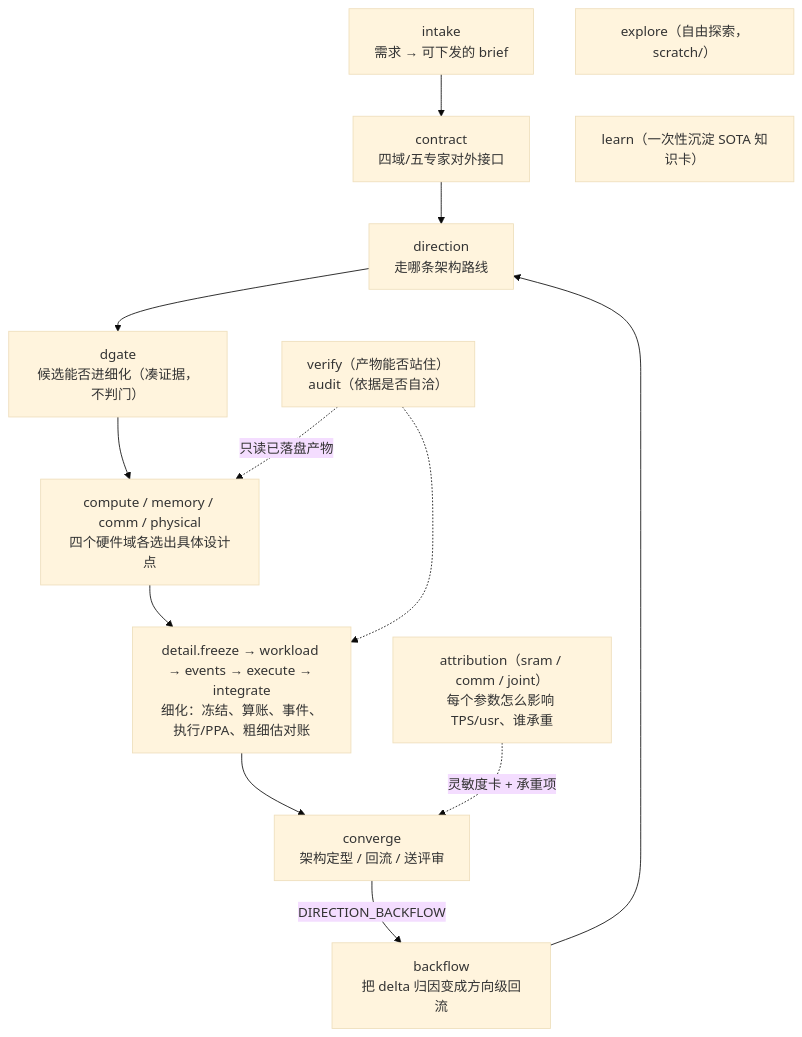
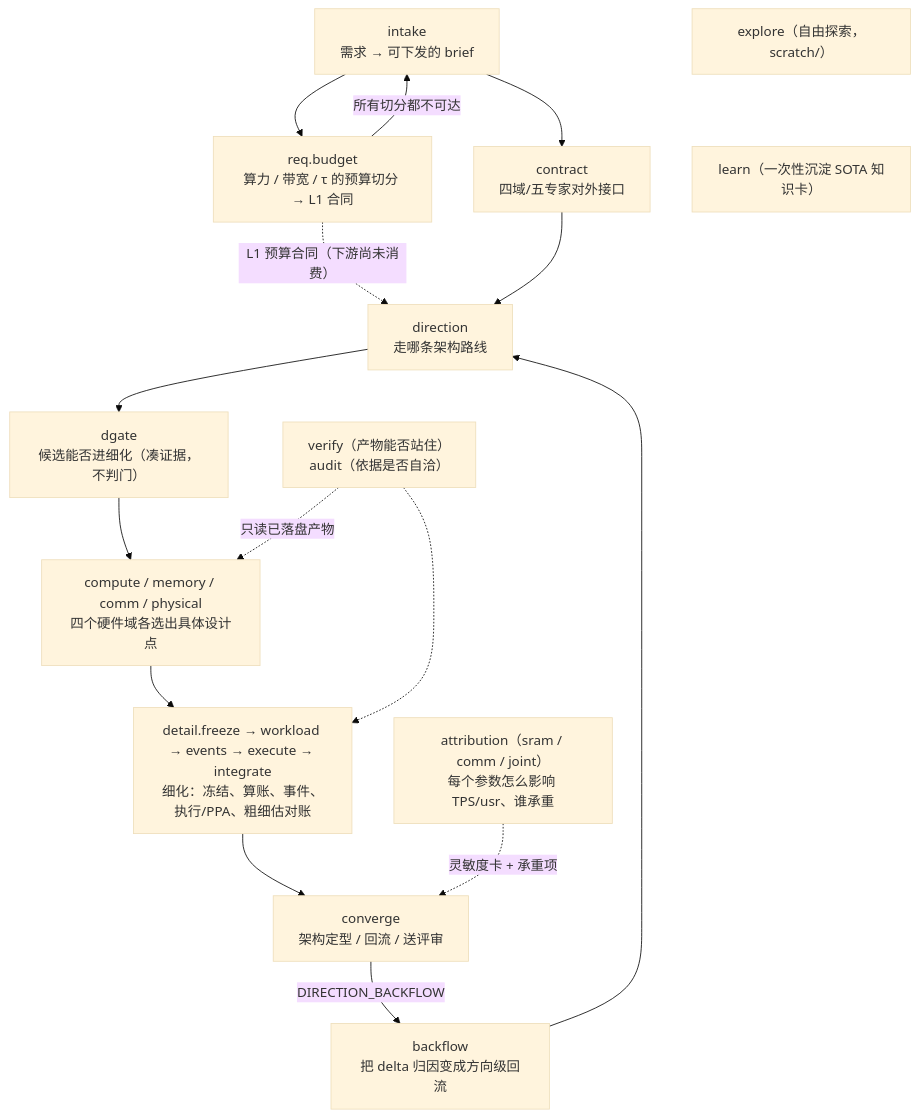
The diagram in integration/orchestration/WORKFLOWS.md (xqdan/xihu), drawn with Mermaid (base theme) before and after one commit. The commit also changed other lines of this file and 17 other files, not shown here.

````diff
--- a/integration/orchestration/WORKFLOWS.md
+++ b/integration/orchestration/WORKFLOWS.md
@@ -13,15 +13,18 @@
 ```mermaid
 flowchart TB
   IN["intake<br/>需求 → 可下发的 brief"] --> CT["contract<br/>四域/五专家对外接口"]
+  IN --> RB["req.budget<br/>算力 / 带宽 / τ 的预算切分 → L1 合同"]
+  RB -.->|"L1 预算合同（下游尚未消费）"| DIR
+  RB -->|"所有切分都不可达"| IN
   CT --> DIR["direction<br/>走哪条架构路线"]
   DIR --> DG["dgate<br/>候选能否进细化（凑证据，不判门）"]
   DG --> C["compute / memory / comm / physical<br/>四个硬件域各选出具体设计点"]
   C --> D0["detail.freeze → workload → events → execute → integrate<br/>细化：冻结、算账、事件、执行/PPA、粗细估对账"]
   D0 --> CV["converge<br/>架构定型 / 回流 / 送评审"]
   AT["attribution（sram / comm / joint）<br/>每个参数怎么影响 TPS/usr、谁承重"] -.->|"灵敏度卡 + 承重项"| CV
   CV -->|"DIRECTION_BACKFLOW"| BF["backflow<br/>把 delta 归因变成方向级回流"]
   BF --> DIR
   VF["verify（产物能否站住）<br/>audit（依据是否自洽）"] -.->|"只读已落盘产物"| C
   VF -.-> D0
   EX["explore（自由探索，scratch/）"] ~~~ LN["learn（一次性沉淀 SOTA 知识卡）"]
 ```
````
